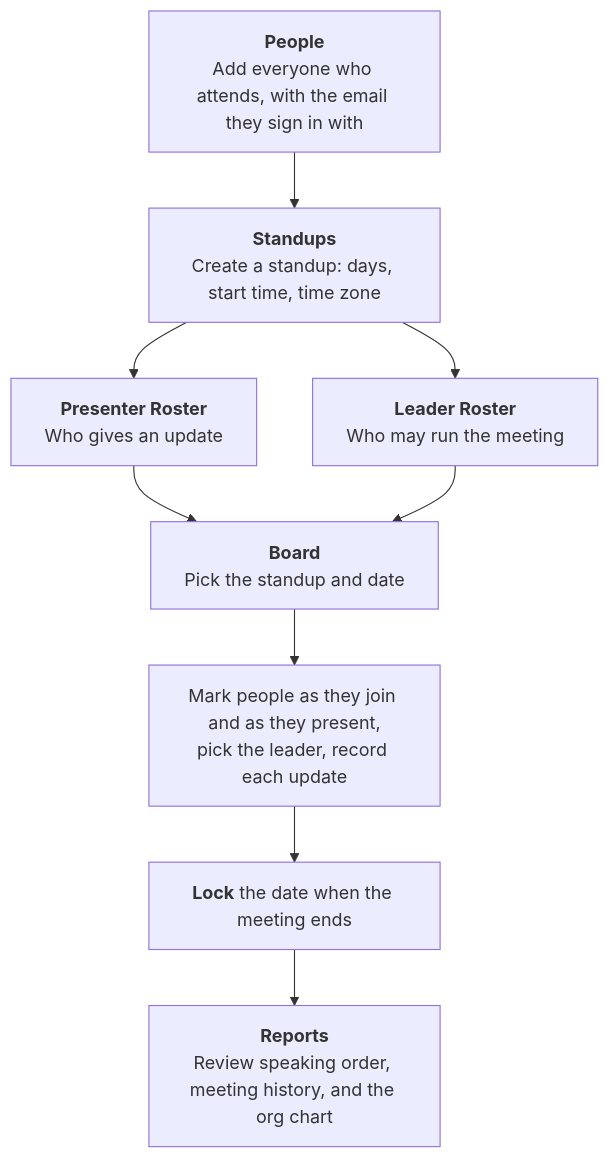
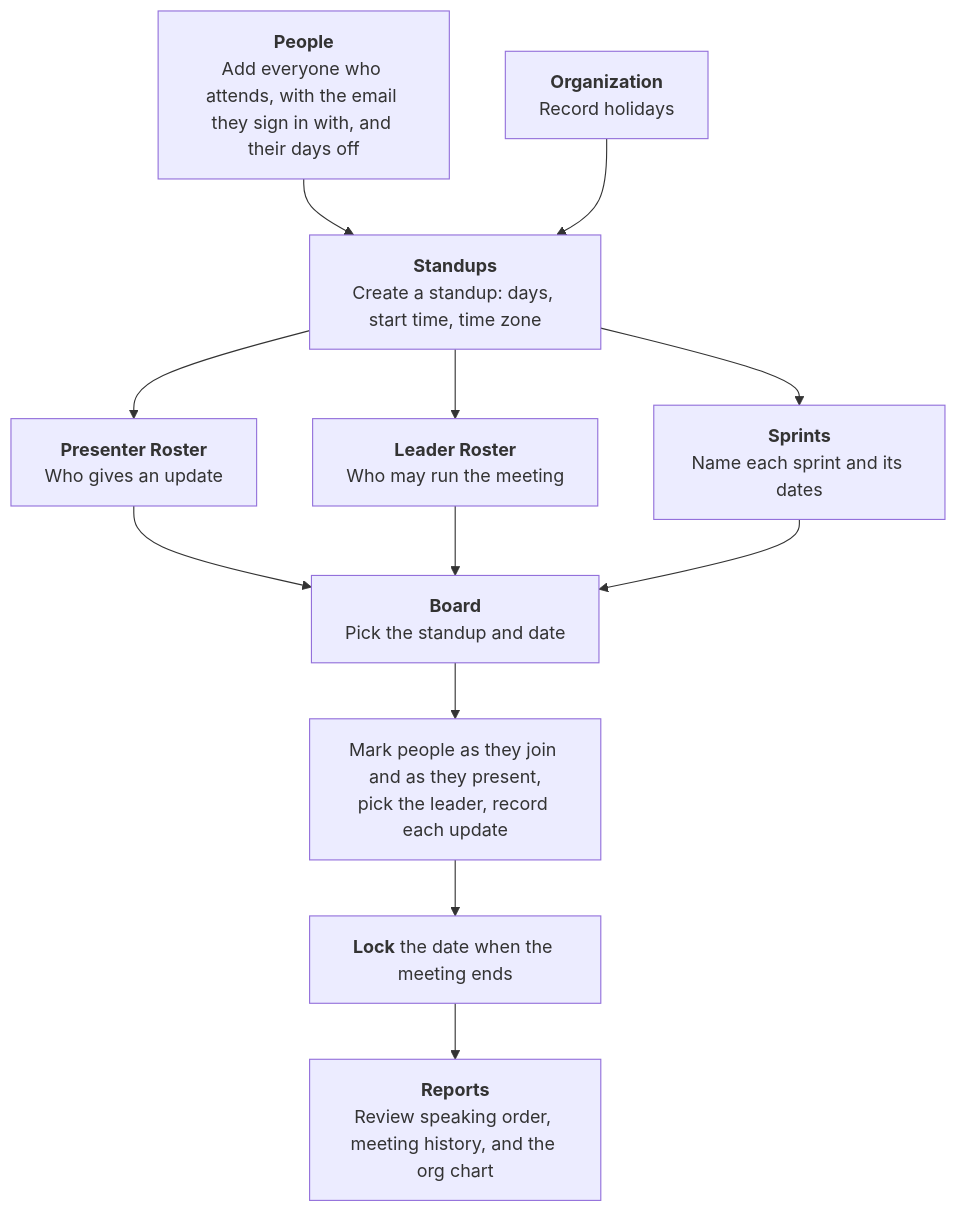
The first of 3 diagrams in README.md (geekfog/StandFast), drawn with Mermaid before and after one commit. The commit also changed other lines of this file and 56 other files, not shown here.

````diff
--- a/README.md
+++ b/README.md
@@ -47,18 +51,23 @@
 ```mermaid
 flowchart TB
-    People["<b>People</b><br/>Add everyone who attends, with the email they sign in with"]
+    People["<b>People</b><br/>Add everyone who attends, with the email they sign in with, and their days off"]
+    Organization["<b>Organization</b><br/>Record holidays"]
     Standup["<b>Standups</b><br/>Create a standup: days, start time, time zone"]
     Presenters["<b>Presenter Roster</b><br/>Who gives an update"]
     Leaders["<b>Leader Roster</b><br/>Who may run the meeting"]
+    Sprints["<b>Sprints</b><br/>Name each sprint and its dates"]
     Board["<b>Board</b><br/>Pick the standup and date"]
     Run["Mark people as they join and as they present,<br/>pick the leader, record each update"]
     Lock["<b>Lock</b> the date when the meeting ends"]
     Reports["<b>Reports</b><br/>Review speaking order, meeting history, and the org chart"]
 
     People --> Standup
+    Organization --> Standup
     Standup --> Presenters
     Standup --> Leaders
+    Standup --> Sprints
     Presenters --> Board
     Leaders --> Board
+    Sprints --> Board
     Board --> Run --> Lock --> Reports
 ```
````
